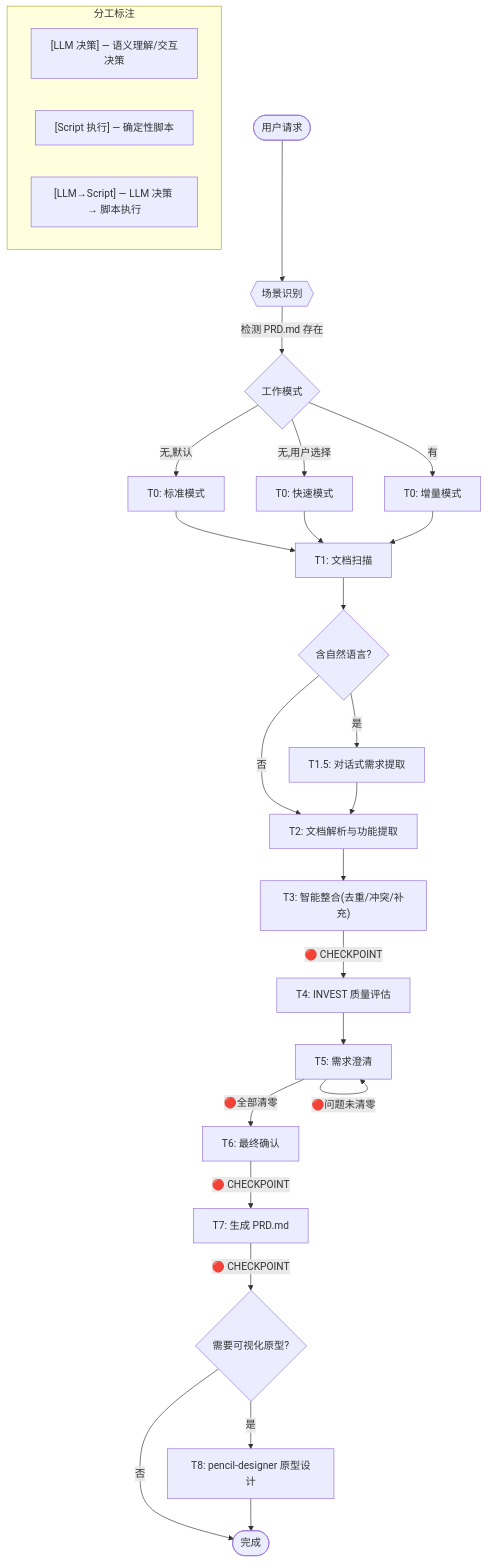
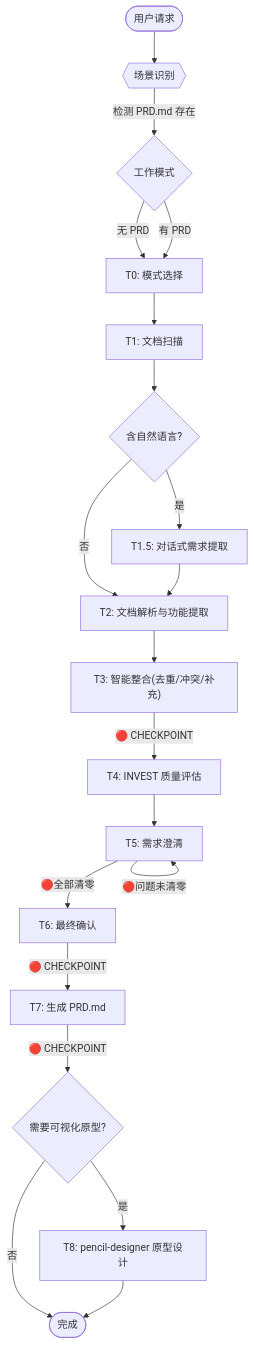
One commit to WikkyGao/requirement-analysis changed the diagram in SKILL.md. Above: the diagram before and after it, drawn with Mermaid. The commit also changed other lines of this file and 11 other files, not shown here.

````diff
--- a/SKILL.md
+++ b/SKILL.md
@@ -16,34 +16,24 @@
 ```mermaid
 graph TD
     START([用户请求]) --> SR{{场景识别}}
     SR -->|检测 PRD.md 存在| Mode{工作模式}
-    Mode -->|无,默认| T0_Std["T0: 标准模式"]
-    Mode -->|无,用户选择| T0_Qk["T0: 快速模式"]
-    Mode -->|有| T0_Inc["T0: 增量模式"]
-
-    T0_Std --> T1["T1: 文档扫描"]
-    T0_Qk --> T1
-    T0_Inc --> T1
+    Mode -->|无 PRD| T0["T0: 模式选择"]
+    Mode -->|有 PRD| T0
+    T0 --> T1["T1: 文档扫描"]
 
     T1 --> HasNL{含自然语言?}
     HasNL -->|是| T1_5["T1.5: 对话式需求提取"]
     HasNL -->|否| T2["T2: 文档解析与功能提取"]
     T1_5 --> T2
 
     T2 --> T3["T3: 智能整合(去重/冲突/补充)"]
     T3 -->|🔴 CHECKPOINT| T4["T4: INVEST 质量评估"]
     T4 --> T5["T5: 需求澄清"]
     T5 -->|🔴问题未清零| T5
     T5 -->|🔴全部清零| T6["T6: 最终确认"]
     T6 -->|🔴 CHECKPOINT| T7["T7: 生成 PRD.md"]
     T7 -->|🔴 CHECKPOINT| T8{"需要可视化原型?"}
     T8 -->|是| T8_Execute["T8: pencil-designer 原型设计"]
     T8 -->|否| END([完成])
     T8_Execute --> END([完成])
-
-    subgraph 分工标注
-        LLM["[LLM 决策] — 语义理解/交互决策"]
-        Script["[Script 执行] — 确定性脚本"]
-        Mixed["[LLM→Script] — LLM 决策 → 脚本执行"]
-    end
 ```
````
